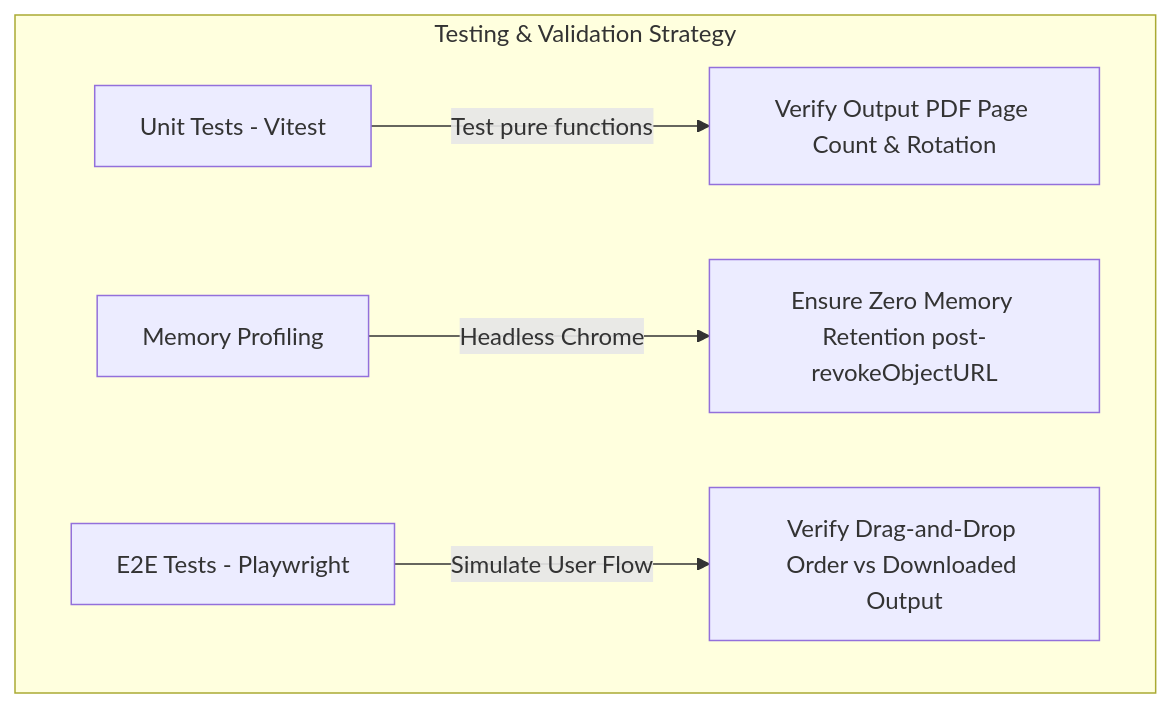
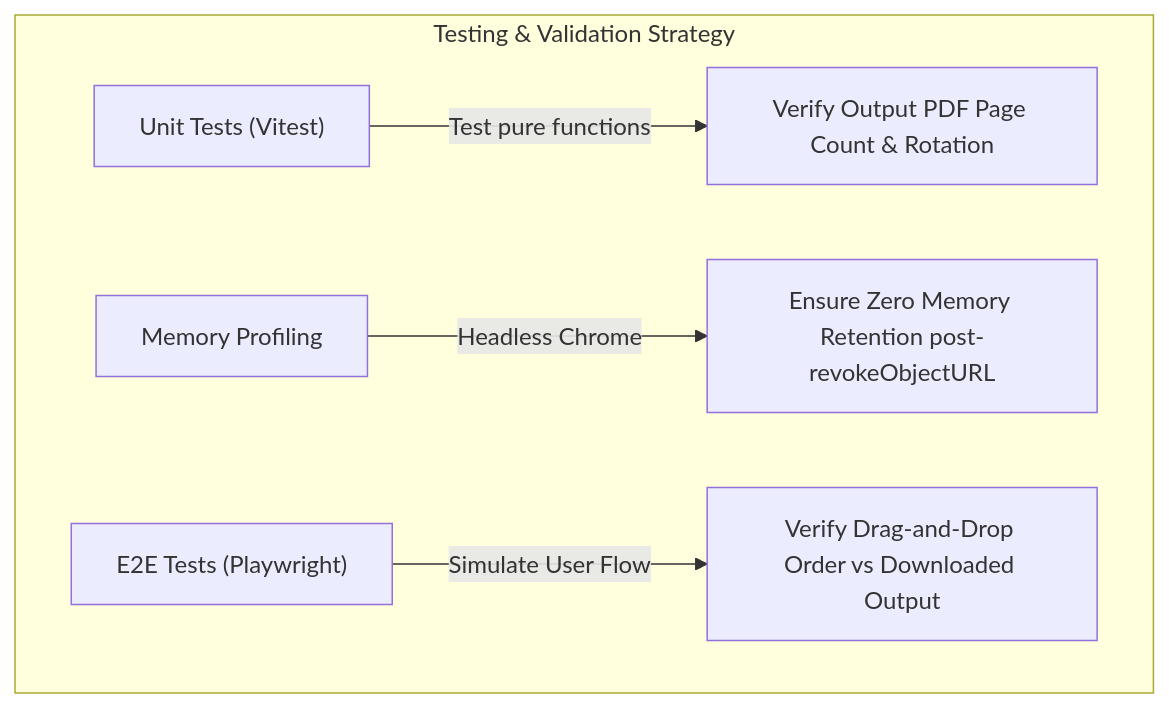
The fourth of 4 diagrams in README.md (Nakul9565/pdf-toolkit), drawn with Mermaid before and after one commit. The commit also changed other lines of this file, not shown here.

````diff
--- a/README.md
+++ b/README.md
@@ -365,8 +365,8 @@
 ```mermaid
 flowchart TD
-    subgraph Testing_Layers [Testing & Validation Strategy]
-        Unit[Unit Tests - Vitest] -->|Test pure functions| ByteValidation[Verify Output PDF Page Count & Rotation]
-        Memory[Memory Profiling] -->|Headless Chrome| LeakCheck[Ensure Zero Memory Retention post-revokeObjectURL]
-        BrowserTest[E2E Tests - Playwright] -->|Simulate User Flow| DragDrop[Verify Drag-and-Drop Order vs Downloaded Output]
+    subgraph Testing_Layers ["Testing & Validation Strategy"]
+        Unit["Unit Tests (Vitest)"] -->|"Test pure functions"| ByteValidation["Verify Output PDF Page Count & Rotation"]
+        Memory["Memory Profiling"] -->|"Headless Chrome"| LeakCheck["Ensure Zero Memory Retention post-revokeObjectURL"]
+        BrowserTest["E2E Tests (Playwright)"] -->|"Simulate User Flow"| DragDrop["Verify Drag-and-Drop Order vs Downloaded Output"]
     end
 ```
````
